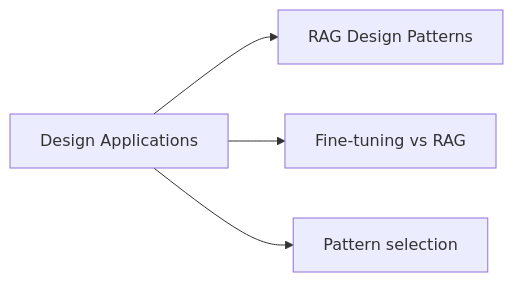
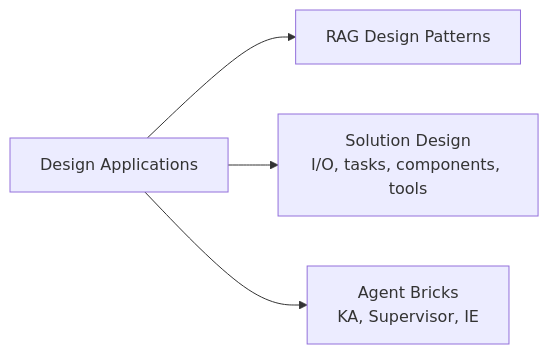
The diagram in certifications/genai-engineer-associate/03-design-applications/README.md (kengio/databricks-certification-study-guide), drawn with Mermaid before and after one commit. The commit also changed other lines of this file and 52 other files, not shown here.

````diff
--- a/certifications/genai-engineer-associate/03-design-applications/README.md
+++ b/certifications/genai-engineer-associate/03-design-applications/README.md
@@ -18,6 +18,6 @@
 ```mermaid
 flowchart LR
     DA[Design Applications] --> RAG[RAG Design Patterns]
-    DA --> FT[Fine-tuning vs RAG]
-    DA --> Choose[Pattern selection]
+    DA --> SD[Solution Design<br/>I/O, tasks, components, tools]
+    DA --> AB[Agent Bricks<br/>KA, Supervisor, IE]
 ```
````
